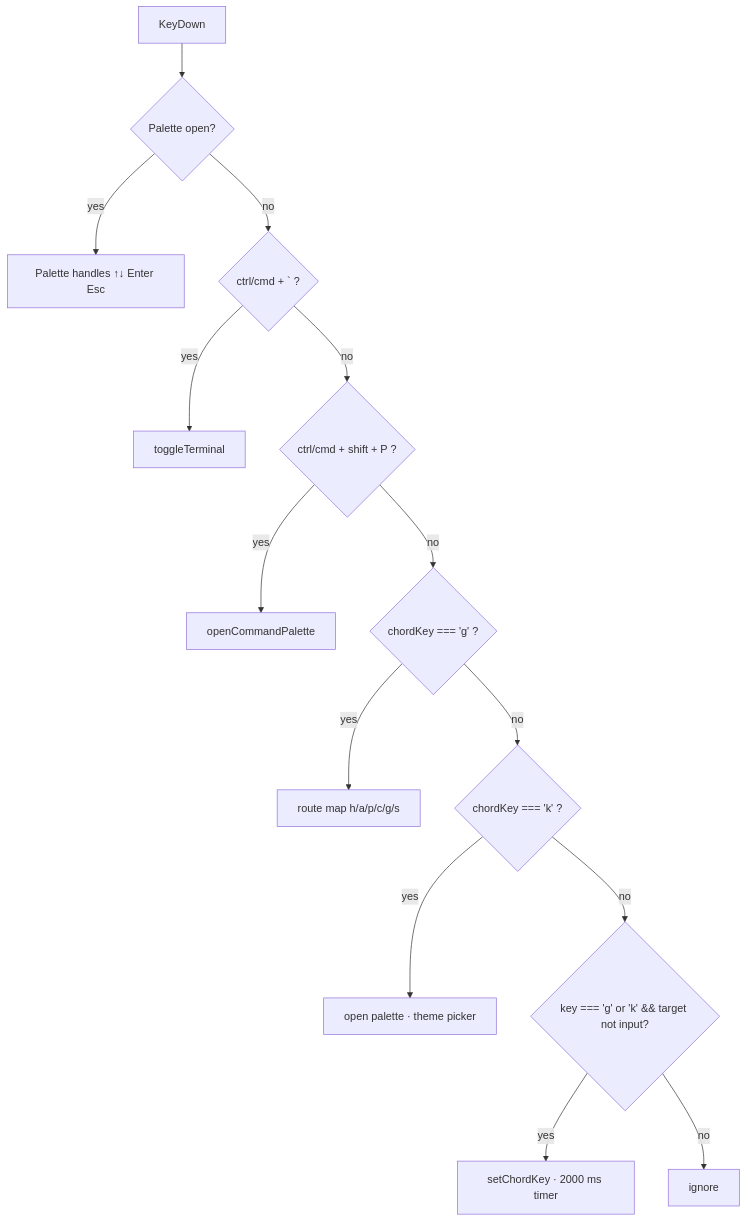
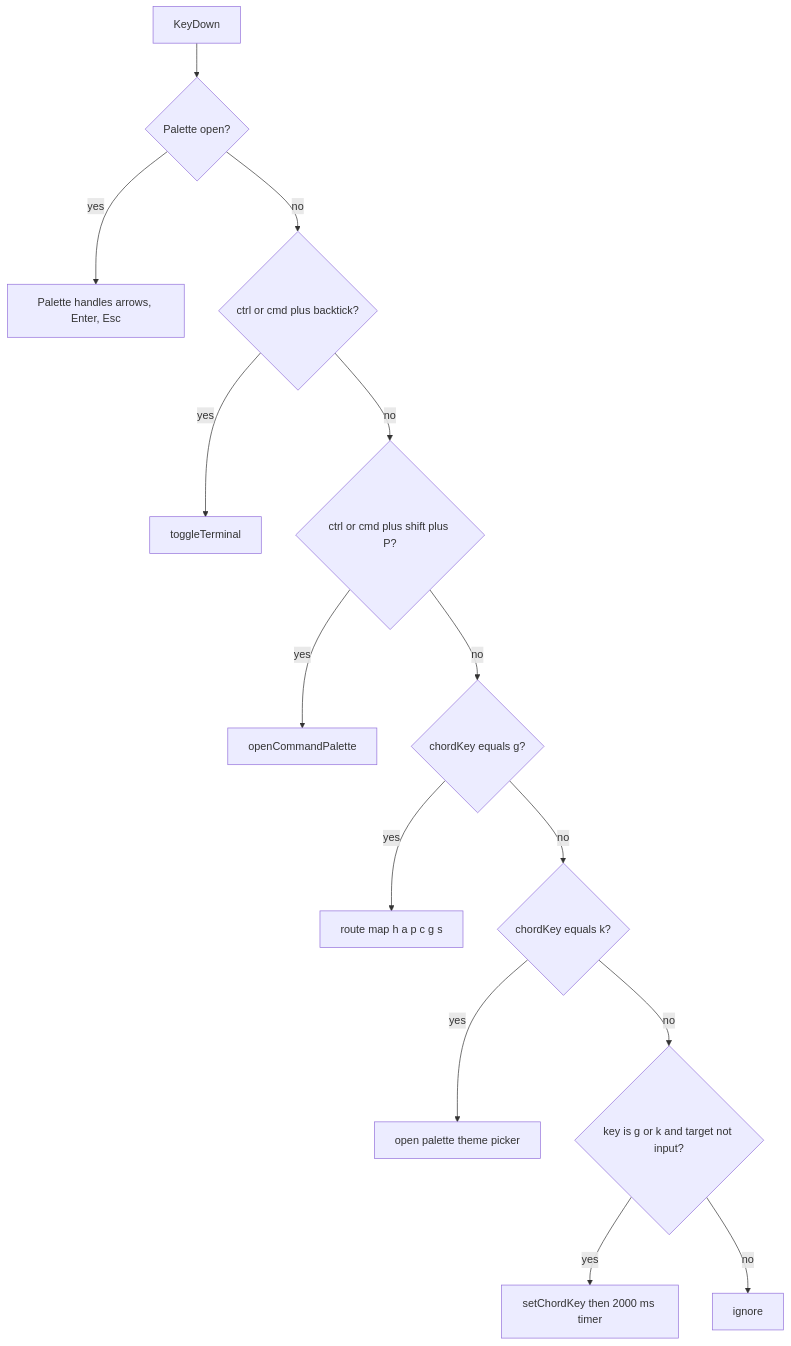
The eighth of 9 diagrams in README.md (jonathanzietsman/vsPortfolio), drawn with Mermaid before and after one commit. The commit also changed other lines of this file, not shown here.

Commit message:
Update keyboard shortcuts in README

````diff
--- a/README.md
+++ b/README.md
@@ -880,16 +880,16 @@
 ```mermaid
 flowchart TD
     K[KeyDown] --> P{Palette open?}
-    P -- yes --> PK[Palette handles ↑↓ Enter Esc]
-    P -- no --> CT{ctrl/cmd + ` ?}
+    P -- yes --> PK[Palette handles arrows, Enter, Esc]
+    P -- no --> CT{ctrl or cmd plus backtick?}
     CT -- yes --> TT[toggleTerminal]
-    CT -- no --> CP{ctrl/cmd + shift + P ?}
+    CT -- no --> CP{ctrl or cmd plus shift plus P?}
     CP -- yes --> OP[openCommandPalette]
-    CP -- no --> CH{chordKey === 'g' ?}
-    CH -- yes --> NAV[route map h/a/p/c/g/s]
-    CH -- no --> KT{chordKey === 'k' ?}
-    KT -- yes --> PALT[open palette · theme picker]
-    KT -- no --> ARM{key === 'g' or 'k' && target not input?}
-    ARM -- yes --> SET[setChordKey · 2000 ms timer]
+    CP -- no --> CH{chordKey equals g?}
+    CH -- yes --> NAV[route map h a p c g s]
+    CH -- no --> KT{chordKey equals k?}
+    KT -- yes --> PALT[open palette theme picker]
+    KT -- no --> ARM{key is g or k and target not input?}
+    ARM -- yes --> SET[setChordKey then 2000 ms timer]
     ARM -- no --> IGN[ignore]
 ```
````
